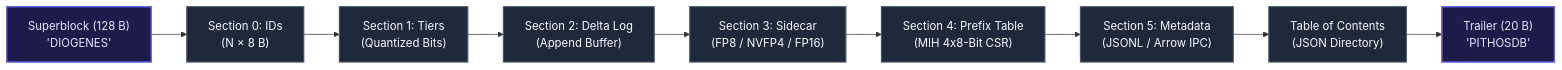
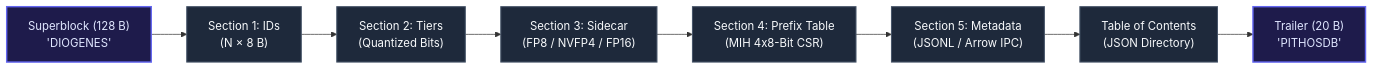
One commit to F1nnSBK/Pithos changed the diagram in docs/container_format.md. Above: the diagram before and after it, drawn with Mermaid. The commit also changed other lines of this file and 15 other files, not shown here.

````diff
--- a/docs/container_format.md
+++ b/docs/container_format.md
@@ -18,15 +18,14 @@
 ```mermaid
 graph LR
-    SB["Superblock (128 B)<br/>'DIOGENES'"] --> S0["Section 0: IDs<br/>(N × 8 B)"]
-    S0 --> S1["Section 1: Tiers<br/>(Quantized Bits)"]
-    S1 --> S2["Section 2: Delta Log<br/>(Append Buffer)"]
+    SB["Superblock (128 B)<br/>'DIOGENES'"] --> S1["Section 1: IDs<br/>(N × 8 B)"]
+    S1 --> S2["Section 2: Tiers<br/>(Quantized Bits)"]
     S2 --> S3["Section 3: Sidecar<br/>(FP8 / NVFP4 / FP16)"]
     S3 --> S4["Section 4: Prefix Table<br/>(MIH 4x8-Bit CSR)"]
     S4 --> S5["Section 5: Metadata<br/>(JSONL / Arrow IPC)"]
     S5 --> TOC["Table of Contents<br/>(JSON Directory)"]
     TOC --> TR["Trailer (20 B)<br/>'PITHOSDB'"]
 
     classDef default fill:#1e293b,stroke:#475569,stroke-width:1.5px,color:#f8fafc;
     classDef magic fill:#1e1b4b,stroke:#6366f1,stroke-width:2px,color:#e0e7ff;
     class SB,TR magic;
 ```
````
